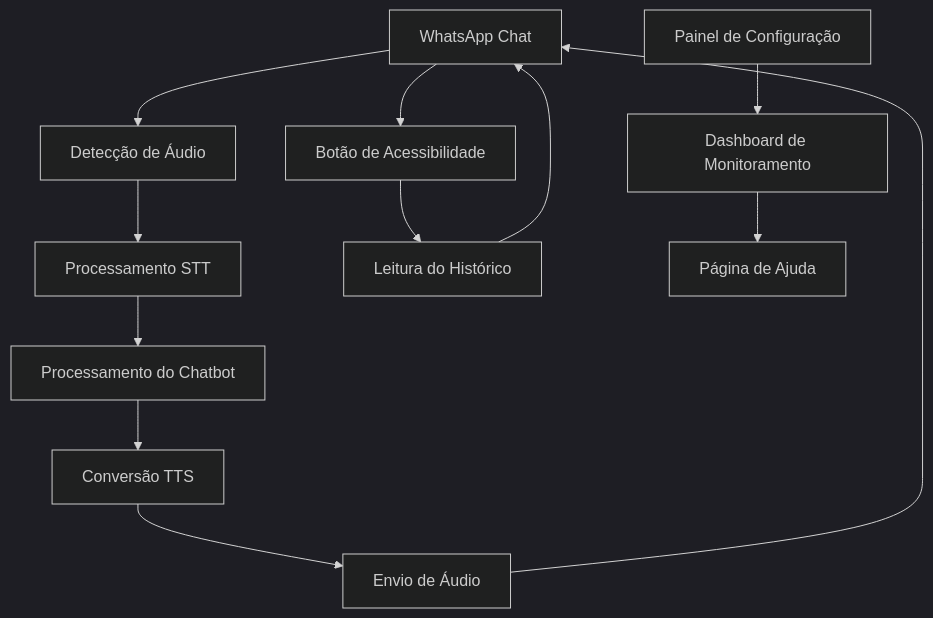
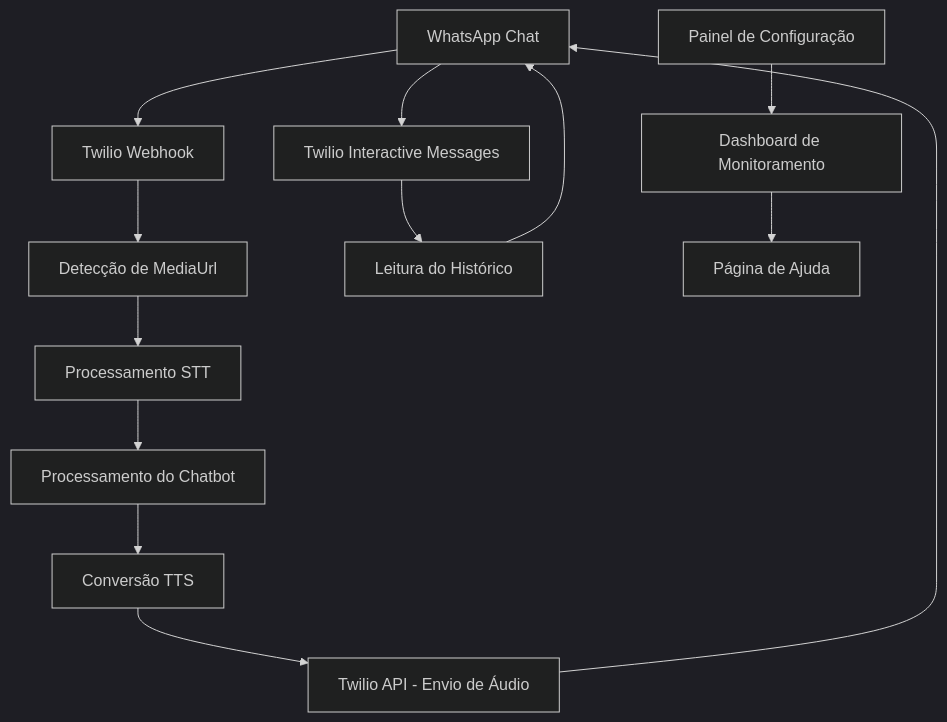
One commit to samueldng/Web_integracao changed the diagram in .trae/documents/prd_chatbot_acessibilidade.md. Above: the diagram before and after it, drawn with Mermaid (dark theme). The commit also changed other lines of this file and 1 other file, not shown here.

Commit message:
web integração 01

````diff
--- a/.trae/documents/prd_chatbot_acessibilidade.md
+++ b/.trae/documents/prd_chatbot_acessibilidade.md
@@ -60,14 +61,15 @@
 ```mermaid
 graph TD
-    A[WhatsApp Chat] --> B[Detecção de Áudio]
-    B --> C[Processamento STT]
-    C --> D[Processamento do Chatbot]
-    D --> E[Conversão TTS]
-    E --> F[Envio de Áudio]
-    F --> A
-    A --> G[Botão de Acessibilidade]
-    G --> H[Leitura do Histórico]
-    H --> A
-    I[Painel de Configuração] --> J[Dashboard de Monitoramento]
-    J --> K[Página de Ajuda]
+    A[WhatsApp Chat] --> B[Twilio Webhook]
+    B --> C[Detecção de MediaUrl]
+    C --> D[Processamento STT]
+    D --> E[Processamento do Chatbot]
+    E --> F[Conversão TTS]
+    F --> G[Twilio API - Envio de Áudio]
+    G --> A
+    A --> H[Twilio Interactive Messages]
+    H --> I[Leitura do Histórico]
+    I --> A
+    J[Painel de Configuração] --> K[Dashboard de Monitoramento]
+    K --> L[Página de Ajuda]
 ```
````
